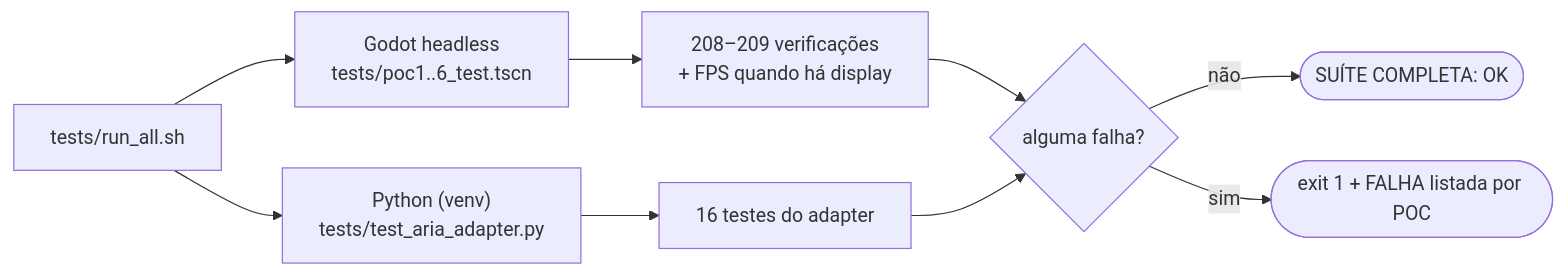
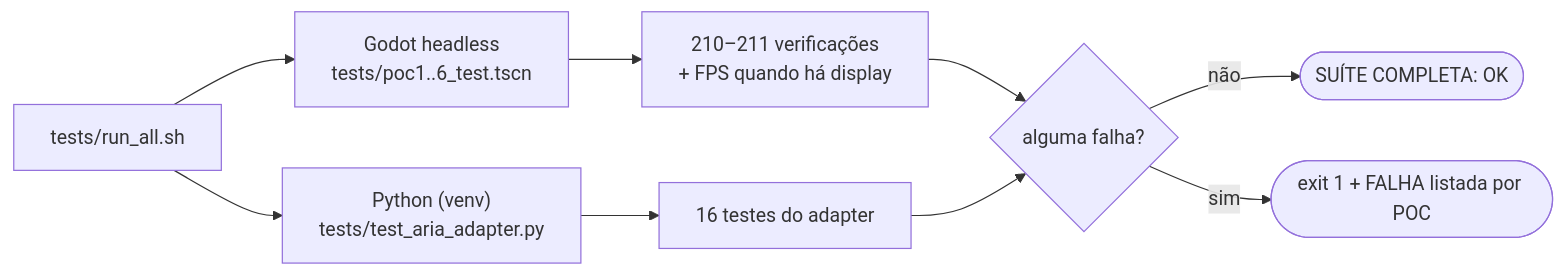
The third of 8 diagrams in README.md (wvianna/mcp-blender-vscode-godot-game), drawn with Mermaid before and after one commit. The commit also changed other lines of this file and 13 other files, not shown here.

````diff
--- a/README.md
+++ b/README.md
@@ -184,11 +193,11 @@
 ```mermaid
 flowchart LR
     A["tests/run_all.sh"] --> B["Godot headless<br/>tests/poc1..6_test.tscn"]
     A --> C["Python (venv)<br/>tests/test_aria_adapter.py"]
-    B --> D["208–209 verificações<br/>+ FPS quando há display"]
+    B --> D["210–211 verificações<br/>+ FPS quando há display"]
     C --> E["16 testes do adapter"]
     D --> F{"alguma falha?"}
     E --> F
     F -->|não| G(["SUÍTE COMPLETA: OK"])
     F -->|sim| H(["exit 1 + FALHA listada por POC"])
 ```
````
